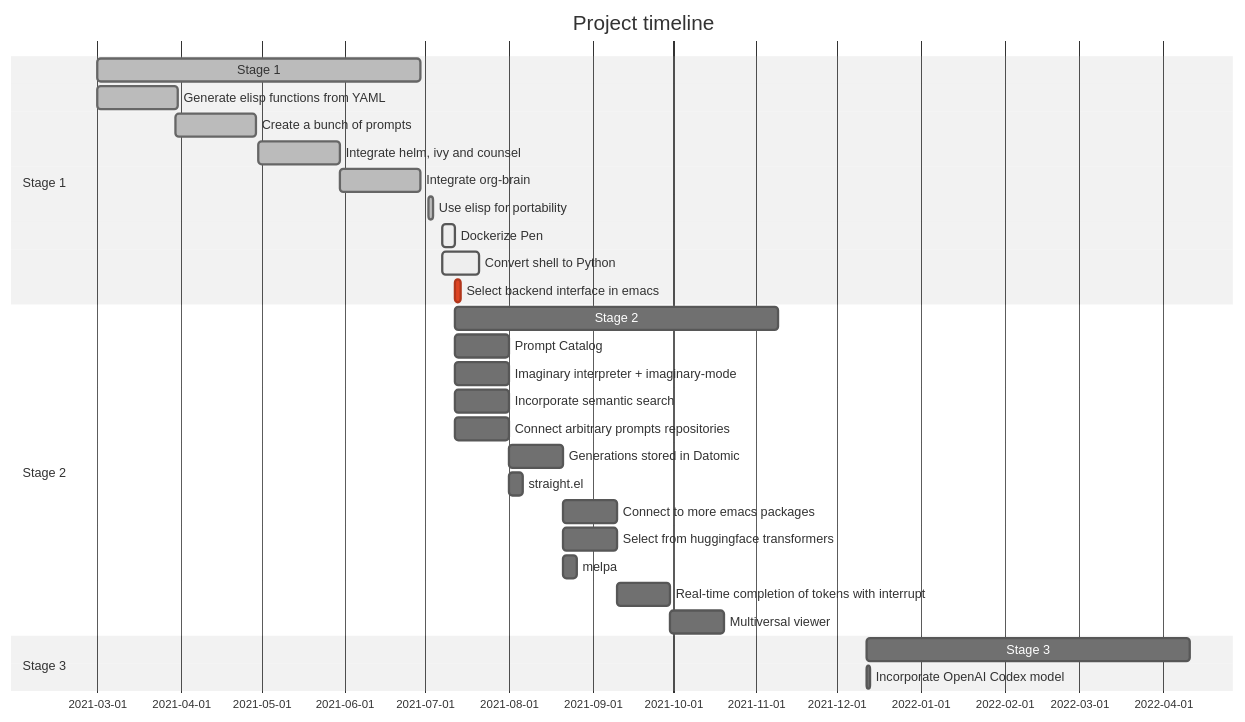
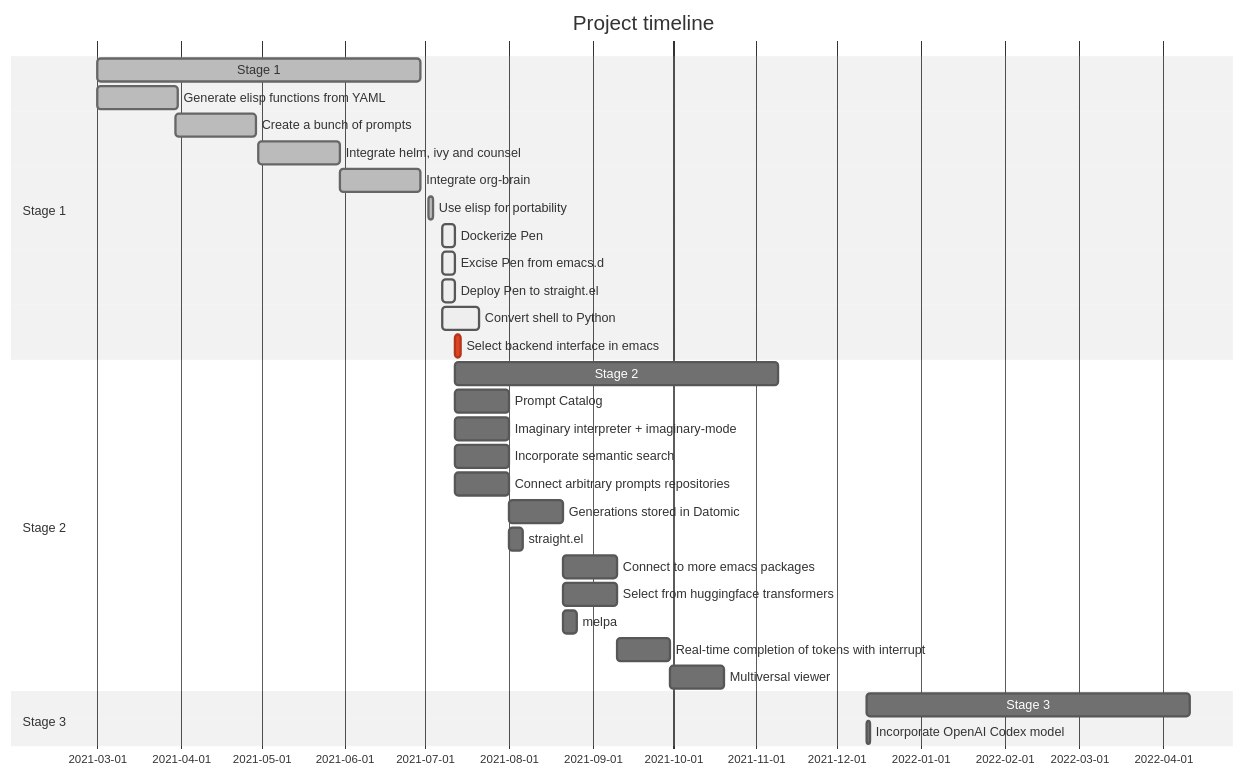
Before and after one commit to semiosis/pen.el: the diagram in docs/README.org, drawn with Mermaid (neutral theme).

Commit message:
Wed 07 Jul 2021 19:55:25

```diff
--- a/docs/README.org
+++ b/docs/README.org
@@ -31,31 +31,33 @@
 #+BEGIN_SRC mermaid :results raw :file project-timeline.png
   gantt
           title Project timeline
           dateFormat  YYYY-MM-DD
           section Stage 1
           Stage 1  :done, :s1, 2021-03-01, 120d
           Generate elisp functions from YAML  :done,  :a1, 2021-03-01, 30d
           Create a bunch of prompts  :done,   :a3, 2021-03-30, 30d
           Integrate helm, ivy and counsel  :done,   :a4, 2021-04-30, 30d
           Integrate org-brain  :done,   :a5, 2021-05-30, 30d
           Use elisp for portability :done,  :b2, 2021-07-02, 2d
           Dockerize Pen : active, b3, after b2 , 5d
+          Excise Pen from emacs.d: active, b3, after b2 , 5d
+          Deploy Pen to straight.el: active, b3, after b2 , 5d
           Convert shell to Python : active, b4, after b2 , 14d
           Select backend interface in emacs :crit, after b3, 2d
           section Stage 2
           Stage 2  :s2, 2021-07-12, 120d
           Prompt Catalog : b6a, 2021-07-12, 20d
           Imaginary interpreter + imaginary-mode : b11, 2021-07-12, 20d
           Incorporate semantic search : b12, 2021-07-12, 20d
           Connect arbitrary prompts repositories : b6, 2021-07-12, 20d
           Generations stored in Datomic : b7, after b6, 20d
           straight.el : b13, after b6, 5d
           Connect to more emacs packages : b8, after b7 , 20d
           Select from huggingface transformers : b15, after b7 , 20d
           melpa : b14, after b7 , 5d
           Real-time completion of tokens with interrupt : b9, after b8, 20d
           Multiversal viewer : b10, after b9, 20d
           section Stage 3
           Stage 3  :s3, 2021-12-12, 120d
           Incorporate OpenAI Codex model : c1, 2021-12-12, 1d
 #+END_SRC
```
